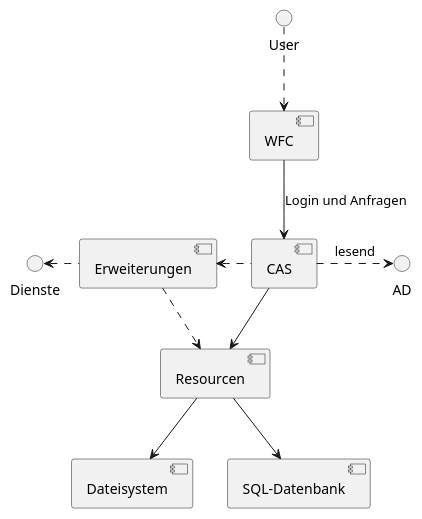
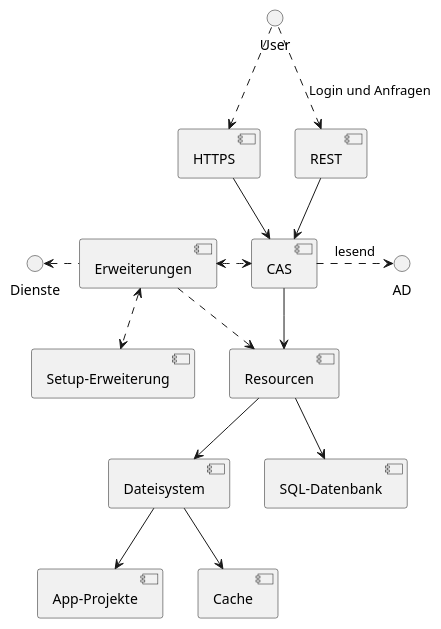
One commit to minova-afis/aero.minova.cas changed the diagram in doc/adoc/structure.adoc. Above: the diagram before and after it, drawn with PlantUML. The commit also changed other lines of this file, not shown here.

```diff
--- a/doc/adoc/structure.adoc
+++ b/doc/adoc/structure.adoc
@@ -5,14 +7,19 @@
 [plantuml, format="svg"]
 ....
 @startuml
-[WFC] --> [CAS]: Login und Anfragen
-User ..> [WFC]
+User ..> [HTTPS]
+User ..> [REST]: Login und Anfragen
+[HTTPS] --> [CAS]
+[REST] --> [CAS]
 [CAS] .right.> AD: lesend
 [CAS] --> [Resourcen]
 [Resourcen] --> [Dateisystem]
+[Dateisystem] --> [App-Projekte]
+[Dateisystem] --> [Cache]
 [Resourcen] --> [SQL-Datenbank]
-[CAS] .left.> [Erweiterungen]
+[CAS] <.left.> [Erweiterungen]
+[Erweiterungen] <.down.> [Setup-Erweiterung]
 [Erweiterungen] .left.> Dienste
 [Erweiterungen] ..> [Resourcen]
 @enduml
 ....
```
